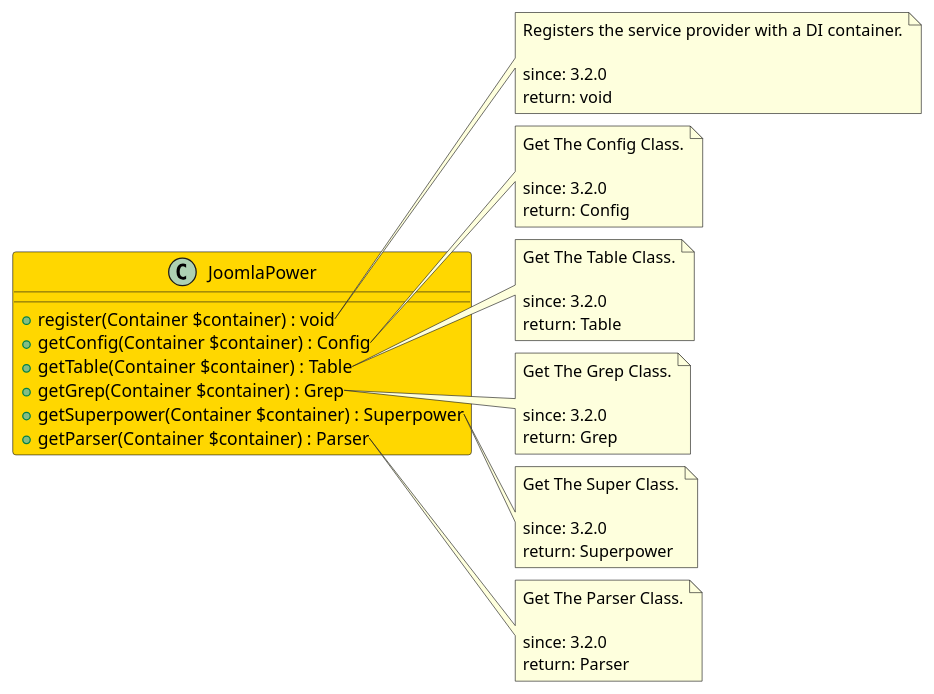
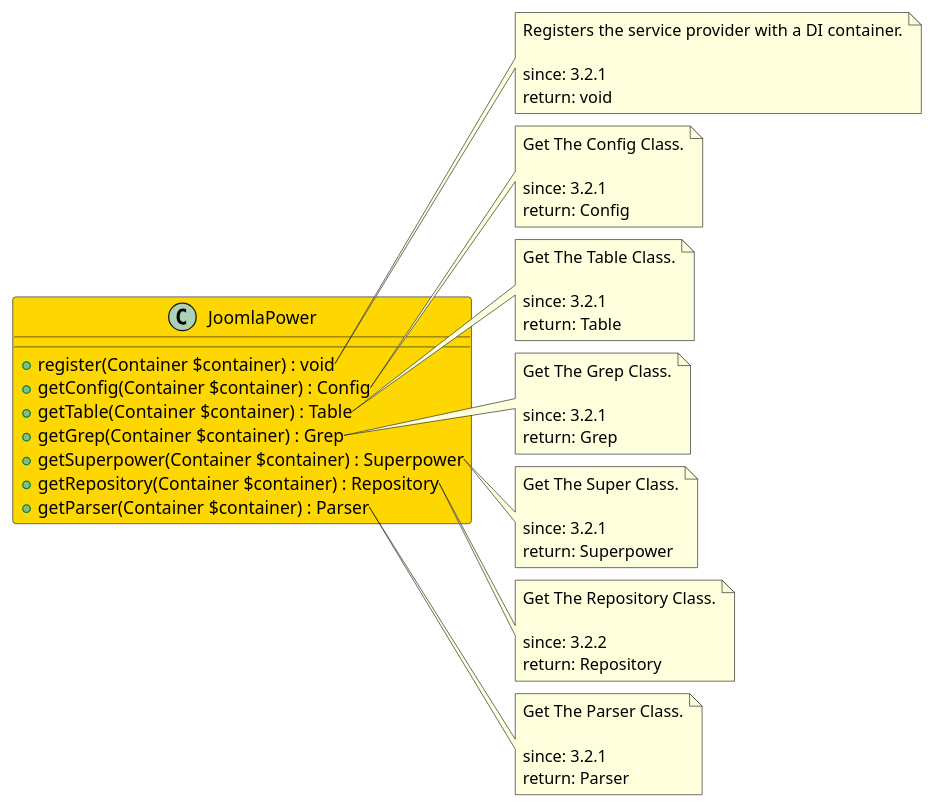
One commit to joomengine/jcb-compiler changed the diagram in src/38e1ca3e-1908-459a-be87-9f83b292058f/README.md. Above: the diagram before and after it, drawn with PlantUML. The commit also changed other lines of this file and 969 other files, not shown here.

````diff
--- a/src/38e1ca3e-1908-459a-be87-9f83b292058f/README.md
+++ b/src/38e1ca3e-1908-459a-be87-9f83b292058f/README.md
@@ -11,55 +12,63 @@
 ```uml
 @startuml
 class JoomlaPower  #Gold {
   + register(Container $container) : void
   + getConfig(Container $container) : Config
   + getTable(Container $container) : Table
   + getGrep(Container $container) : Grep
   + getSuperpower(Container $container) : Superpower
+  + getRepository(Container $container) : Repository
   + getParser(Container $container) : Parser
 }
 
 note right of JoomlaPower::register
   Registers the service provider with a DI container.
 
-  since: 3.2.0
+  since: 3.2.1
   return: void
 end note
 
 note right of JoomlaPower::getConfig
   Get The Config Class.
 
-  since: 3.2.0
+  since: 3.2.1
   return: Config
 end note
 
 note right of JoomlaPower::getTable
   Get The Table Class.
 
-  since: 3.2.0
+  since: 3.2.1
   return: Table
 end note
 
 note right of JoomlaPower::getGrep
   Get The Grep Class.
 
-  since: 3.2.0
+  since: 3.2.1
   return: Grep
 end note
 
 note right of JoomlaPower::getSuperpower
   Get The Super Class.
 
-  since: 3.2.0
+  since: 3.2.1
   return: Superpower
+end note
+
+note right of JoomlaPower::getRepository
+  Get The Repository Class.
+
+  since: 3.2.2
+  return: Repository
 end note
 
 note right of JoomlaPower::getParser
   Get The Parser Class.
 
-  since: 3.2.0
+  since: 3.2.1
   return: Parser
 end note
  
 @enduml
 ```
````
